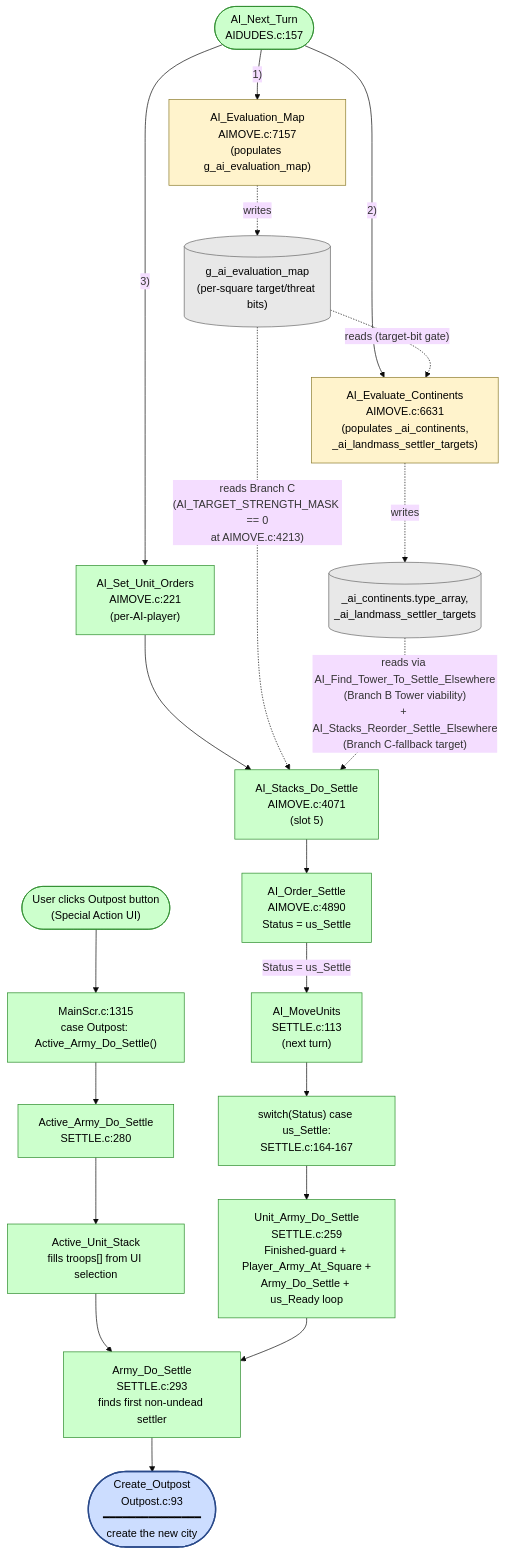
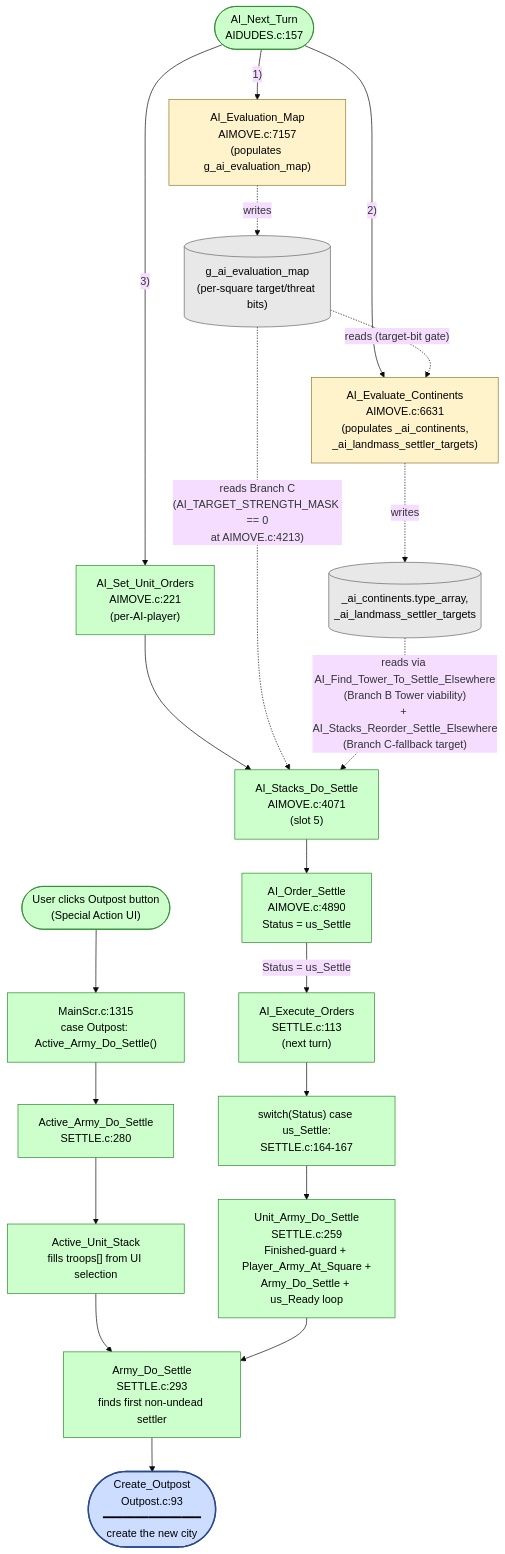
The diagram in doc/ComputerPlayer/AIMOVE-AI_Stacks_Do_Settle.md (jbalcomb/ReMoM), drawn with Mermaid (base theme) before and after one commit. The commit also changed other lines of this file and 13 other files, not shown here.

Commit message:
done-done AI_Execute_Orders()

````diff
--- a/doc/ComputerPlayer/AIMOVE-AI_Stacks_Do_Settle.md
+++ b/doc/ComputerPlayer/AIMOVE-AI_Stacks_Do_Settle.md
@@ -79,62 +79,62 @@
 ```mermaid
 flowchart TD
     %% Human path - working
     UserClick(["User clicks Outpost button<br/>(Special Action UI)"])
     MainScr["MainScr.c:1315<br/>case Outpost: Active_Army_Do_Settle()"]
     DoBuildOutpost["Active_Army_Do_Settle<br/>SETTLE.c:280"]
     ActiveStack["Active_Unit_Stack<br/>fills troops[] from UI selection"]
 
     %% AI per-turn prep — populates the data AI_Stacks_Do_Settle reads
     AINext(["AI_Next_Turn<br/>AIDUDES.c:157"])
     AIEvalMap["AI_Evaluation_Map<br/>AIMOVE.c:7157<br/>(populates g_ai_evaluation_map)"]
     AIEvalContinents["AI_Evaluate_Continents<br/>AIMOVE.c:6631<br/>(populates _ai_continents,<br/>_ai_landmass_settler_targets)"]
 
     %% AI dispatch path
     AISetUnitOrders["AI_Set_Unit_Orders<br/>AIMOVE.c:221<br/>(per-AI-player)"]
     AIDoSettle["AI_Stacks_Do_Settle<br/>AIMOVE.c:4071<br/>(slot 5)"]
     AIOrderSettle["AI_Order_Settle<br/>AIMOVE.c:4890<br/>Status = us_Settle"]
 
-    AIMove["AI_MoveUnits<br/>SETTLE.c:113<br/>(next turn)"]
+    AIMove["AI_Execute_Orders<br/>SETTLE.c:113<br/>(next turn)"]
     DispatchSettle["switch(Status) case us_Settle:<br/>SETTLE.c:164-167"]
     StubBody["Unit_Army_Do_Settle<br/>SETTLE.c:259<br/>Finished-guard + Player_Army_At_Square +<br/>Army_Do_Settle + us_Ready loop"]
 
     %% Data stores
     EvalMap[("g_ai_evaluation_map<br/>(per-square target/threat bits)")]
     ContData[("_ai_continents.type_array,<br/>_ai_landmass_settler_targets")]
 
     %% Convergence
     StkSettle["Army_Do_Settle<br/>SETTLE.c:293<br/>finds first non-undead settler"]
     CreateOutpost(["Create_Outpost<br/>Outpost.c:93<br/>━━━━━━━━━━━━━━━<br/>create the new city"])
 
     %% Edges — human
     UserClick --> MainScr --> DoBuildOutpost --> ActiveStack --> StkSettle --> CreateOutpost
 
     %% Edges — AI control flow
     %% AI_Next_Turn calls each sibling in sequence; they are NOT chained calls
     AINext -->|"1)"| AIEvalMap
     AINext -->|"2)"| AIEvalContinents
     AINext -->|"3)"| AISetUnitOrders
     AISetUnitOrders --> AIDoSettle --> AIOrderSettle
     AIOrderSettle -->|Status = us_Settle| AIMove
     AIMove --> DispatchSettle --> StubBody
     StubBody --> StkSettle
 
     %% Edges — data flow (dashed)
     AIEvalMap -.->|"writes"| EvalMap
     EvalMap -.->|"reads (target-bit gate)"| AIEvalContinents
     AIEvalContinents -.->|"writes"| ContData
     EvalMap -.->|"reads Branch C<br/>(AI_TARGET_STRENGTH_MASK == 0<br/>at AIMOVE.c:4213)"| AIDoSettle
     ContData -.->|"reads via AI_Find_Tower_To_Settle_Elsewhere<br/>(Branch B Tower viability)<br/>+ AI_Stacks_Reorder_Settle_Elsewhere<br/>(Branch C-fallback target)"| AIDoSettle
 
     classDef working fill:#ccffcc,stroke:#2a8a2a,color:#000
     classDef broken fill:#ffcccc,stroke:#8a2a2a,color:#000
     classDef target fill:#ccddff,stroke:#2a4a8a,color:#000,stroke-width:2px
     classDef prep fill:#fff3cc,stroke:#8a7a2a,color:#000
     classDef data fill:#e8e8e8,stroke:#666,color:#000
 
     class UserClick,MainScr,DoBuildOutpost,ActiveStack,StkSettle working
     class AINext,AISetUnitOrders,AIDoSettle,AIOrderSettle,AIMove,DispatchSettle,StubBody working
     class CreateOutpost target
     class AIEvalMap,AIEvalContinents prep
     class EvalMap,ContData data
 ```
````
